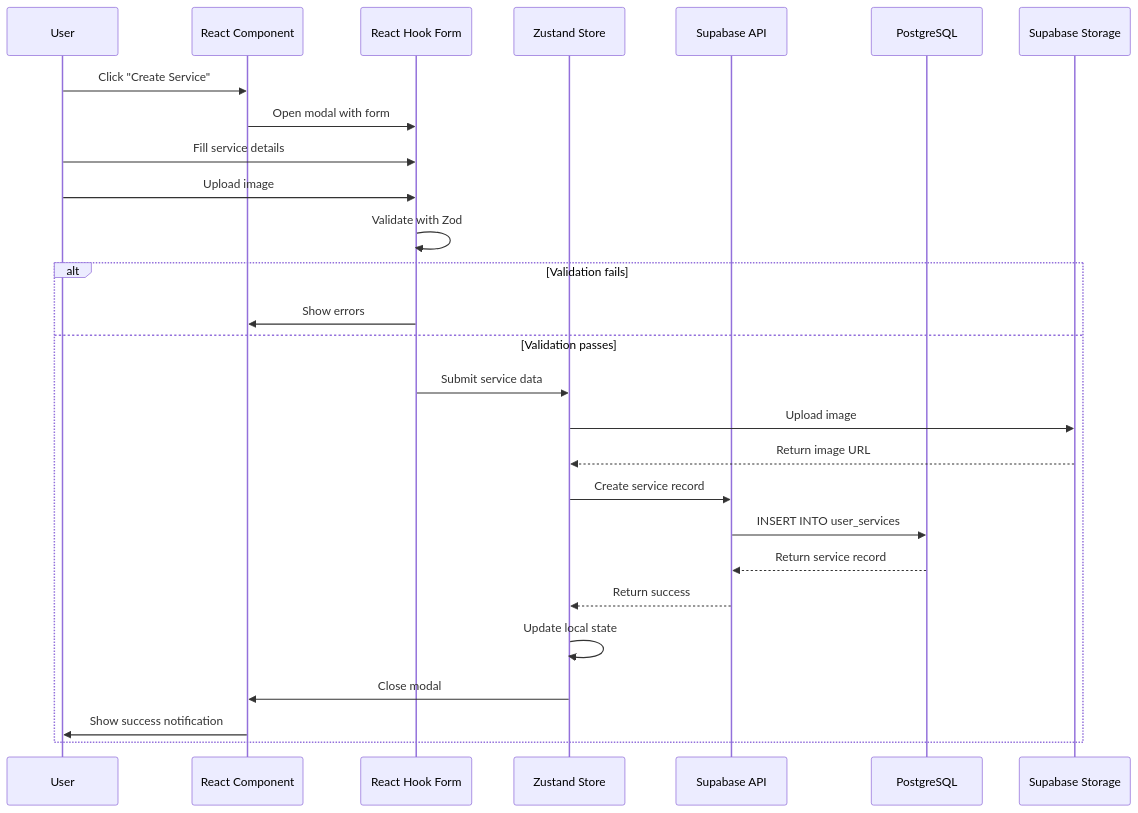
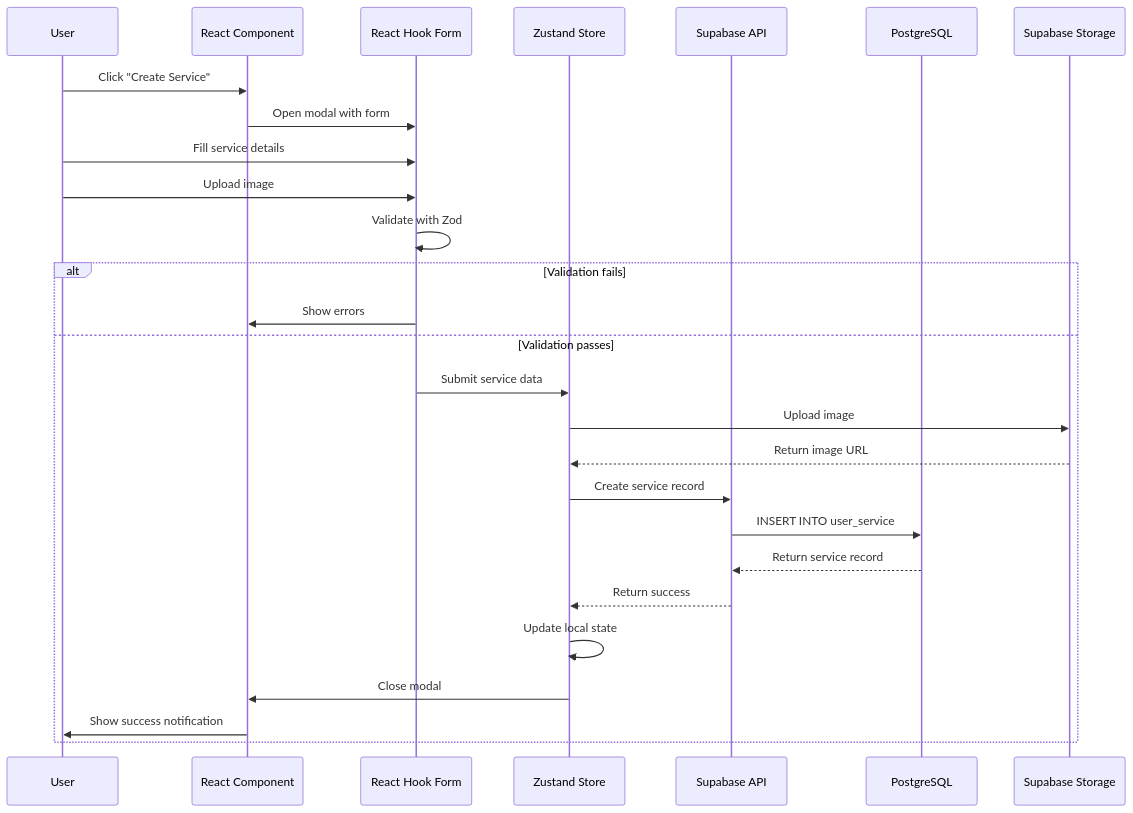
The fifth of 11 diagrams in docs/business/technical-architecture.md (tamadekk/RukaTi), drawn with Mermaid before and after one commit. The commit also changed other lines of this file and 11 other files, not shown here.

````diff
--- a/docs/business/technical-architecture.md
+++ b/docs/business/technical-architecture.md
@@ -425,31 +425,31 @@
 ```mermaid
 sequenceDiagram
     participant User
     participant UI as React Component
     participant Form as React Hook Form
     participant Store as Zustand Store
     participant Supabase as Supabase API
     participant DB as PostgreSQL
     participant Storage as Supabase Storage
 
     User->>UI: Click "Create Service"
     UI->>Form: Open modal with form
     User->>Form: Fill service details
     User->>Form: Upload image
     Form->>Form: Validate with Zod
 
     alt Validation fails
         Form->>UI: Show errors
     else Validation passes
         Form->>Store: Submit service data
         Store->>Storage: Upload image
         Storage-->>Store: Return image URL
         Store->>Supabase: Create service record
-        Supabase->>DB: INSERT INTO user_services
+        Supabase->>DB: INSERT INTO user_service
         DB-->>Supabase: Return service record
         Supabase-->>Store: Return success
         Store->>Store: Update local state
         Store->>UI: Close modal
         UI->>User: Show success notification
     end
 ```
````
